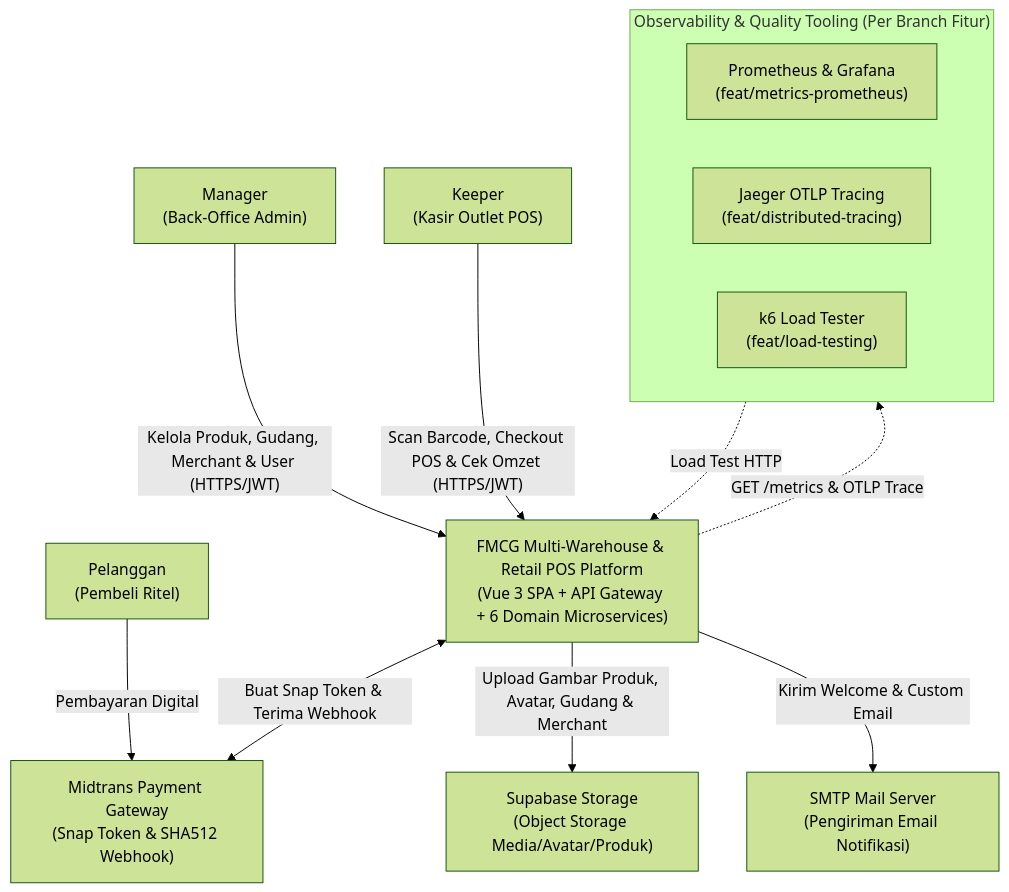
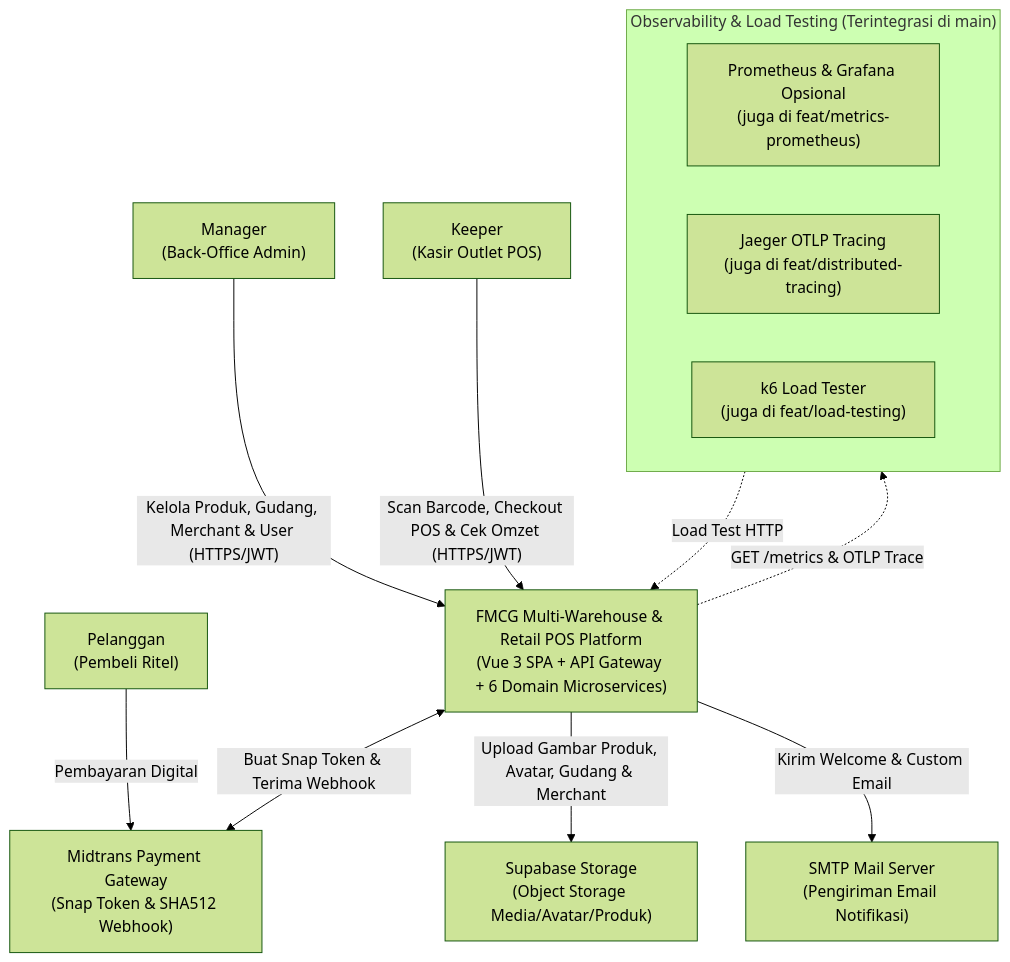
Before and after one commit to odealidj/Golang-Microservices-Vue-Warehouse-POS: the first of 2 diagrams in README.md, drawn with Mermaid (forest theme). The commit also changed other lines of this file and 7 other files, not shown here.

````diff
--- a/README.md
+++ b/README.md
@@ -47,30 +47,30 @@
 ```mermaid
 flowchart TB
     MGR["Manager<br/>(Back-Office Admin)"]
     KPR["Keeper<br/>(Kasir Outlet POS)"]
     CUST["Pelanggan<br/>(Pembeli Ritel)"]
 
     SYS["FMCG Multi-Warehouse & Retail POS Platform<br/>(Vue 3 SPA + API Gateway + 6 Domain Microservices)"]
 
     MID["Midtrans Payment Gateway<br/>(Snap Token & SHA512 Webhook)"]
     SUP["Supabase Storage<br/>(Object Storage Media/Avatar/Produk)"]
     SMTP["SMTP Mail Server<br/>(Pengiriman Email Notifikasi)"]
 
-    subgraph OPS["Observability & Quality Tooling (Per Branch Fitur)"]
+    subgraph OPS["Observability & Load Testing (Terintegrasi di main)"]
         direction LR
-        PROM["Prometheus & Grafana<br/>(feat/metrics-prometheus)"]
-        JAEGER["Jaeger OTLP Tracing<br/>(feat/distributed-tracing)"]
-        K6["k6 Load Tester<br/>(feat/load-testing)"]
+        PROM["Prometheus & Grafana Opsional<br/>(juga di feat/metrics-prometheus)"]
+        JAEGER["Jaeger OTLP Tracing<br/>(juga di feat/distributed-tracing)"]
+        K6["k6 Load Tester<br/>(juga di feat/load-testing)"]
     end
 
     MGR -->|"Kelola Produk, Gudang, Merchant & User (HTTPS/JWT)"| SYS
     KPR -->|"Scan Barcode, Checkout POS & Cek Omzet (HTTPS/JWT)"| SYS
     CUST -->|"Pembayaran Digital"| MID
 
     SYS <-->|"Buat Snap Token & Terima Webhook"| MID
     SYS -->|"Upload Gambar Produk, Avatar, Gudang & Merchant"| SUP
     SYS -->|"Kirim Welcome & Custom Email"| SMTP
 
     SYS -.->|"GET /metrics & OTLP Trace"| OPS
     K6 -.->|"Load Test HTTP"| SYS
 ```
````
